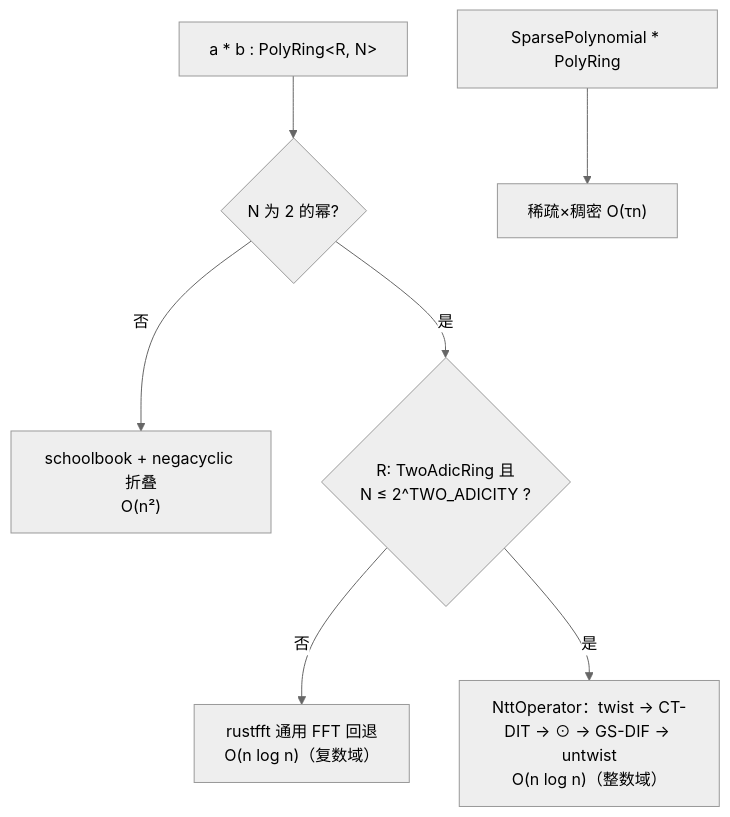
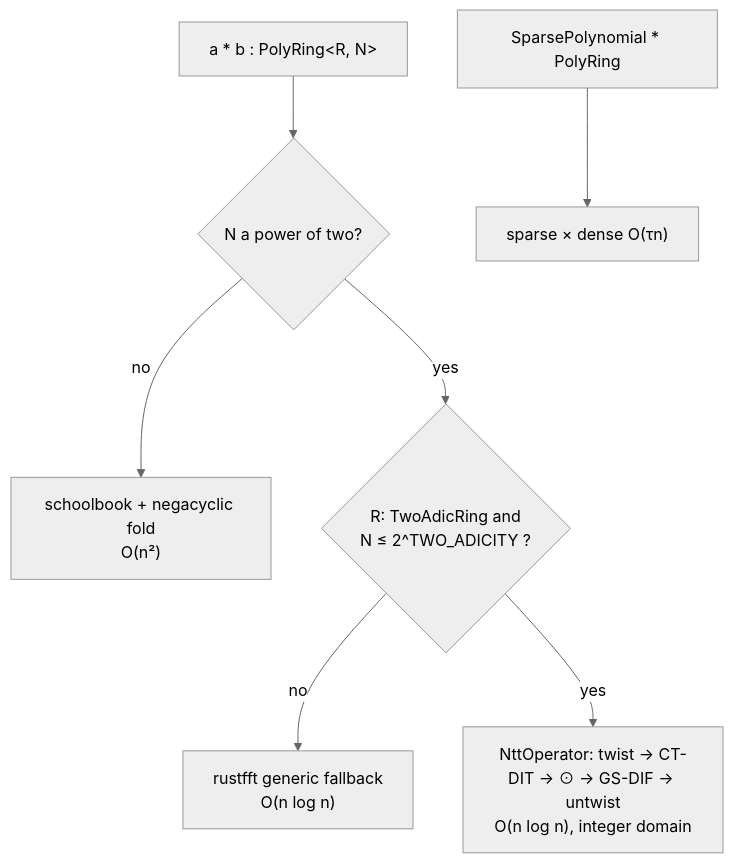
Before and after one commit to SuccinctPaul/lattice-algebra-rs: the diagram in docs/src/pages/design/polynomial-ring.mdx, drawn with Mermaid (neutral theme). The commit also changed other lines of this file and 54 other files, not shown here.

````diff
--- a/docs/src/pages/design/polynomial-ring.mdx
+++ b/docs/src/pages/design/polynomial-ring.mdx
@@ -76,9 +18,9 @@
 ```mermaid
 flowchart TD
-    MUL["a * b : PolyRing&lt;R, N&gt;"] --> N2{"N 为 2 的幂?"}
-    N2 -- 否 --> SB["schoolbook + negacyclic 折叠<br/>O(n²)"]
-    N2 -- 是 --> TAD{"R: TwoAdicRing 且<br/>N ≤ 2^TWO_ADICITY ?"}
-    TAD -- 否 --> FFT["rustfft 通用 FFT 回退<br/>O(n log n)（复数域）"]
-    TAD -- 是 --> NTT["NttOperator：twist → CT-DIT → ⊙ → GS-DIF → untwist<br/>O(n log n)（整数域）"]
-    SP["SparsePolynomial * PolyRing"] --> SPARSE["稀疏×稠密 O(τn)"]
+    MUL["a * b : PolyRing&lt;R, N&gt;"] --> N2{"N a power of two?"}
+    N2 -- no --> SB["schoolbook + negacyclic fold<br/>O(n²)"]
+    N2 -- yes --> TAD{"R: TwoAdicRing and<br/>N ≤ 2^TWO_ADICITY ?"}
+    TAD -- no --> FFT["rustfft generic fallback<br/>O(n log n)"]
+    TAD -- yes --> NTT["NttOperator: twist → CT-DIT → ⊙ → GS-DIF → untwist<br/>O(n log n), integer domain"]
+    SP["SparsePolynomial * PolyRing"] --> SPARSE["sparse × dense O(τn)"]
 ```
````
